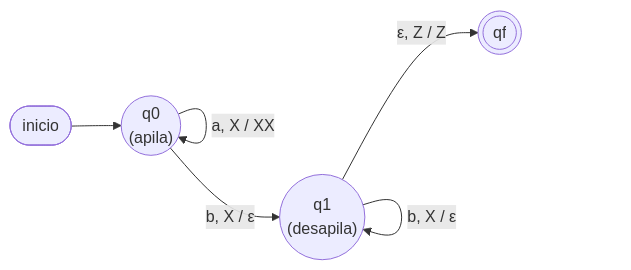
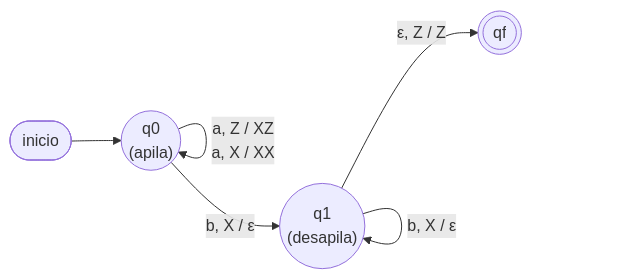
The diagram in material-estudio/03-glc-y-apiladores.md (yhwachoo/Grafos), drawn with Mermaid before and after one commit. The commit also changed 6 other files, not shown here.

First line of the commit message:
Corrige diagramas con lazos superpuestos (etiquetas que no se veían)

````diff
--- a/material-estudio/03-glc-y-apiladores.md
+++ b/material-estudio/03-glc-y-apiladores.md
@@ -98,12 +98,11 @@
 ```mermaid
 graph LR
     ini([inicio]) --> q0
     q0(("q0<br/>(apila)"))
     q1(("q1<br/>(desapila)"))
     qf((("qf")))
-    q0 -->|"a, Z / XZ"| q0
-    q0 -->|"a, X / XX"| q0
+    q0 -->|"a, Z / XZ<br/>a, X / XX"| q0
     q0 -->|"b, X / ε"| q1
     q1 -->|"b, X / ε"| q1
     q1 -->|"ε, Z / Z"| qf
 ```
````
